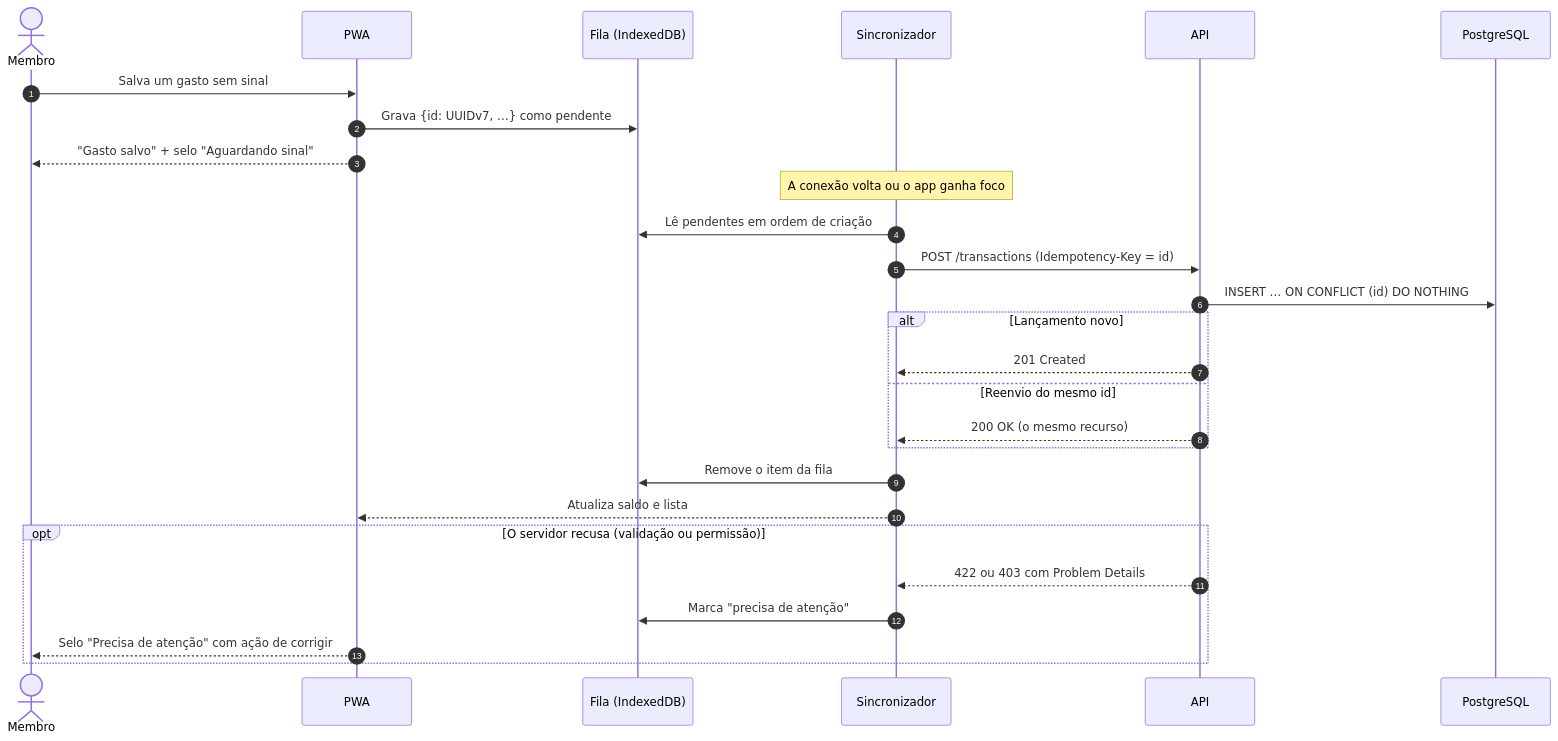
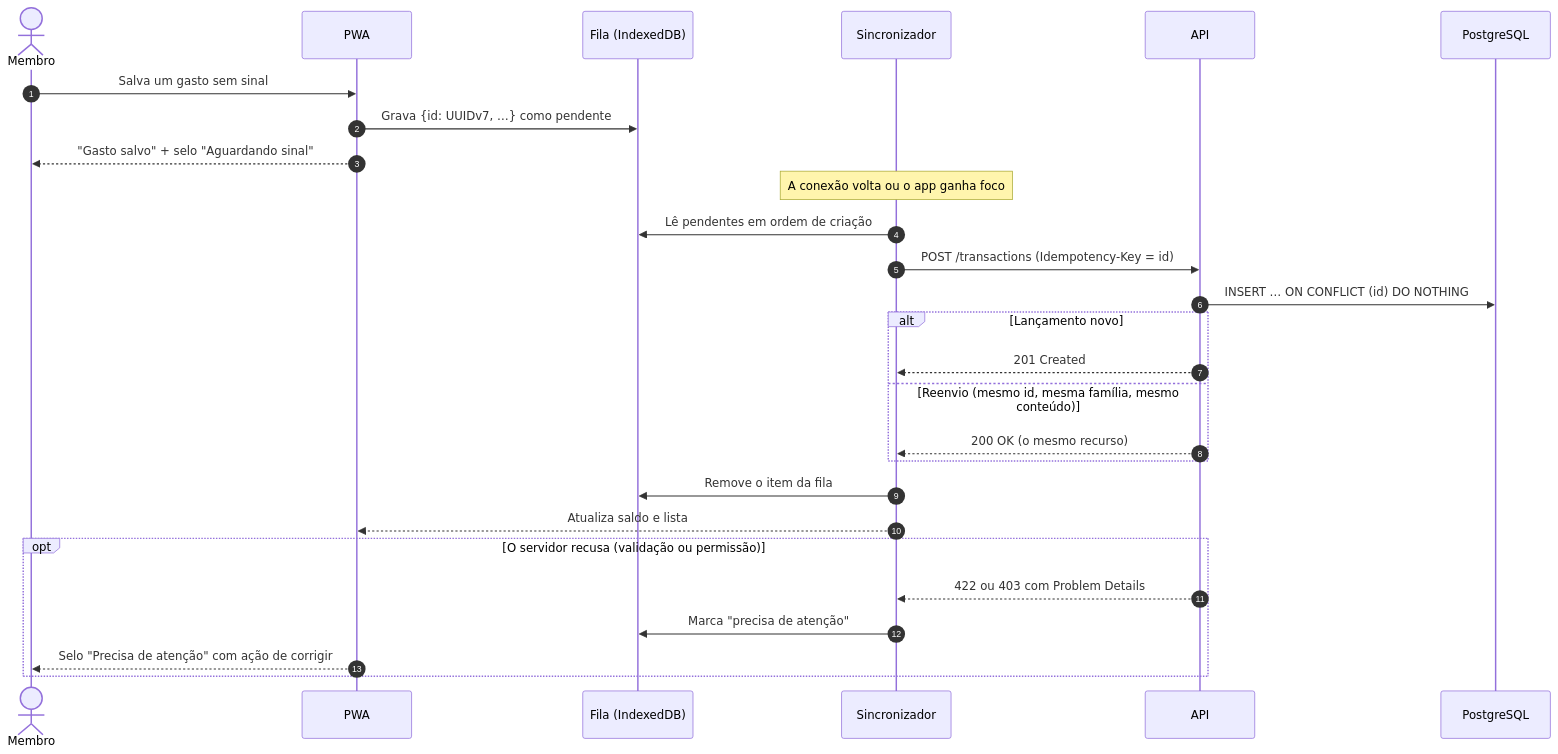
Before and after one commit to warthogozz-cyber/liberdade: the fifth of 6 diagrams in docs/architecture.md, drawn with Mermaid. The commit also changed other lines of this file and 6 other files, not shown here.

````diff
--- a/docs/architecture.md
+++ b/docs/architecture.md
@@ -171,29 +171,29 @@
 ```mermaid
 sequenceDiagram
   autonumber
   actor M as Membro
   participant UI as PWA
   participant Q as Fila (IndexedDB)
   participant S as Sincronizador
   participant API
   participant DB as PostgreSQL
   M->>UI: Salva um gasto sem sinal
   UI->>Q: Grava {id: UUIDv7, …} como pendente
   UI-->>M: "Gasto salvo" + selo "Aguardando sinal"
   Note over S: A conexão volta ou o app ganha foco
   S->>Q: Lê pendentes em ordem de criação
   S->>API: POST /transactions (Idempotency-Key = id)
   API->>DB: INSERT … ON CONFLICT (id) DO NOTHING
   alt Lançamento novo
     API-->>S: 201 Created
-  else Reenvio do mesmo id
+  else Reenvio (mesmo id, mesma família, mesmo conteúdo)
     API-->>S: 200 OK (o mesmo recurso)
   end
   S->>Q: Remove o item da fila
   S-->>UI: Atualiza saldo e lista
   opt O servidor recusa (validação ou permissão)
     API-->>S: 422 ou 403 com Problem Details
     S->>Q: Marca "precisa de atenção"
     UI-->>M: Selo "Precisa de atenção" com ação de corrigir
   end
 ```
````
